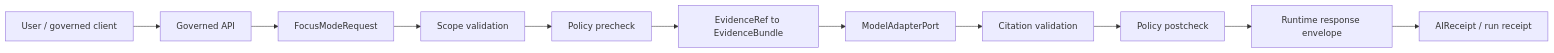
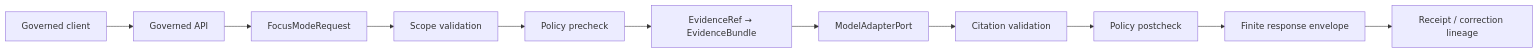
Before and after one commit to bartytime4life/Kansas-Frontier-Matrix: the diagram in contracts/ai/focus_mode_request/README.md, drawn with Mermaid. The commit also changed other lines of this file, not shown here.

````diff
--- a/contracts/ai/focus_mode_request/README.md
+++ b/contracts/ai/focus_mode_request/README.md
@@ -192,13 +223,13 @@
 ```mermaid
 flowchart LR
-  U[User / governed client] --> API[Governed API]
+  U[Governed client] --> API[Governed API]
   API --> REQ[FocusModeRequest]
   REQ --> SCOPE[Scope validation]
-  SCOPE --> POL1[Policy precheck]
-  POL1 --> ER[EvidenceRef to EvidenceBundle]
-  ER --> ADP[ModelAdapterPort]
-  ADP --> CITE[Citation validation]
-  CITE --> POL2[Policy postcheck]
-  POL2 --> ENV[Runtime response envelope]
-  ENV --> REC[AIReceipt / run receipt]
+  SCOPE --> PRE[Policy precheck]
+  PRE --> EV[EvidenceRef → EvidenceBundle]
+  EV --> ADP[ModelAdapterPort]
+  ADP --> CIT[Citation validation]
+  CIT --> POST[Policy postcheck]
+  POST --> ENV[Finite response envelope]
+  ENV --> REC[Receipt / correction lineage]
 ```
````
